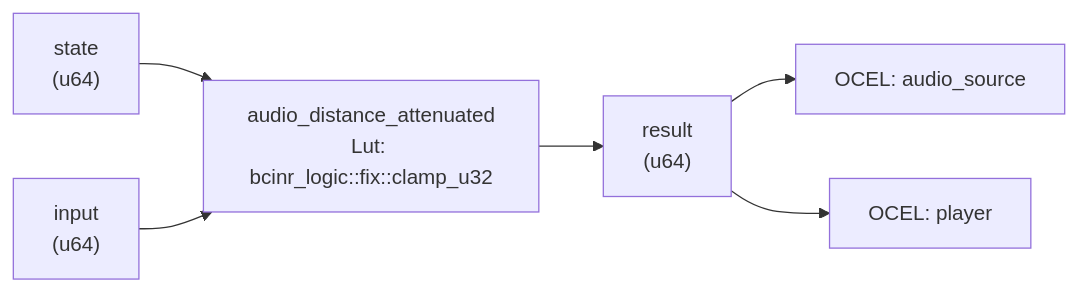
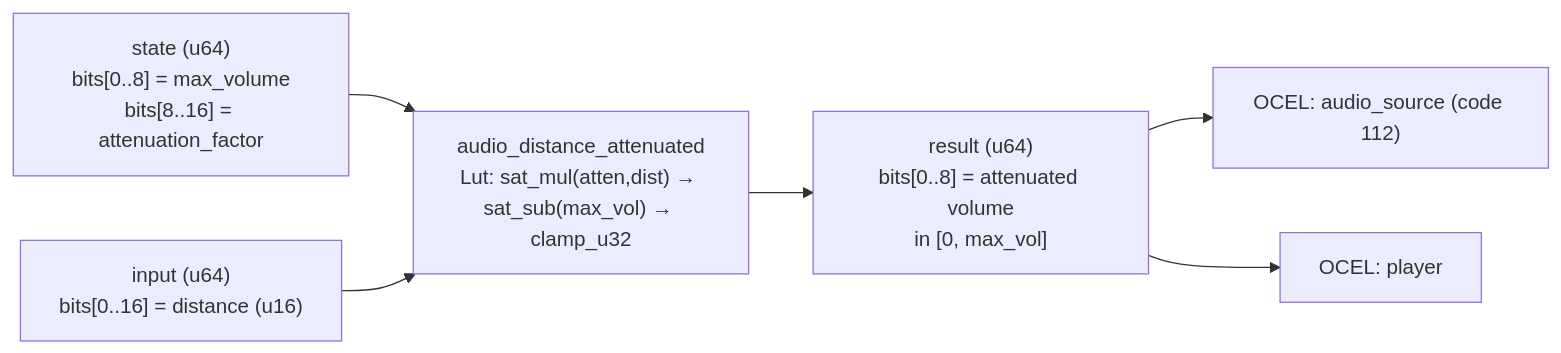
One commit to seanchatmangpt/bcinr changed the diagram in crates/wasm4games/docs/patterns/audio_distance_attenuated.md. Above: the diagram before and after it, drawn with Mermaid. The commit also changed other lines of this file and 5 other files, not shown here.

````diff
--- a/crates/wasm4games/docs/patterns/audio_distance_attenuated.md
+++ b/crates/wasm4games/docs/patterns/audio_distance_attenuated.md
@@ -56,14 +38,14 @@
 ```mermaid
 graph LR
-    state["state\n(u64)"]
-    input["input\n(u64)"]
-    kernel["audio_distance_attenuated\nLut: bcinr_logic::fix::clamp_u32"]
-    result["result\n(u64)"]
+    state["state (u64)\nbits[0..8] = max_volume\nbits[8..16] = attenuation_factor"]
+    input["input (u64)\nbits[0..16] = distance (u16)"]
+    kernel["audio_distance_attenuated\nLut: sat_mul(atten,dist) → sat_sub(max_vol) → clamp_u32"]
+    result["result (u64)\nbits[0..8] = attenuated volume\nin [0, max_vol]"]
     state --> kernel
     input --> kernel
     kernel --> result
-    ocel_0["OCEL: audio_source"]
+    ocel_0["OCEL: audio_source (code 112)"]
     result --> ocel_0
     ocel_1["OCEL: player"]
     result --> ocel_1
 ```
````
